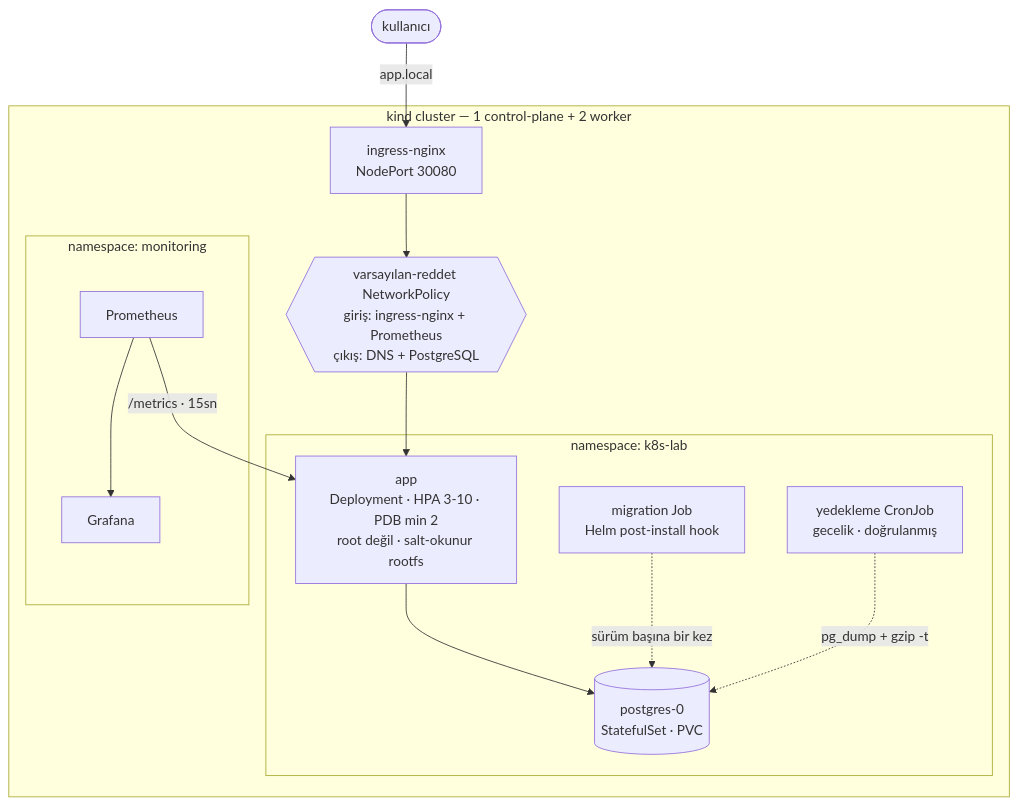
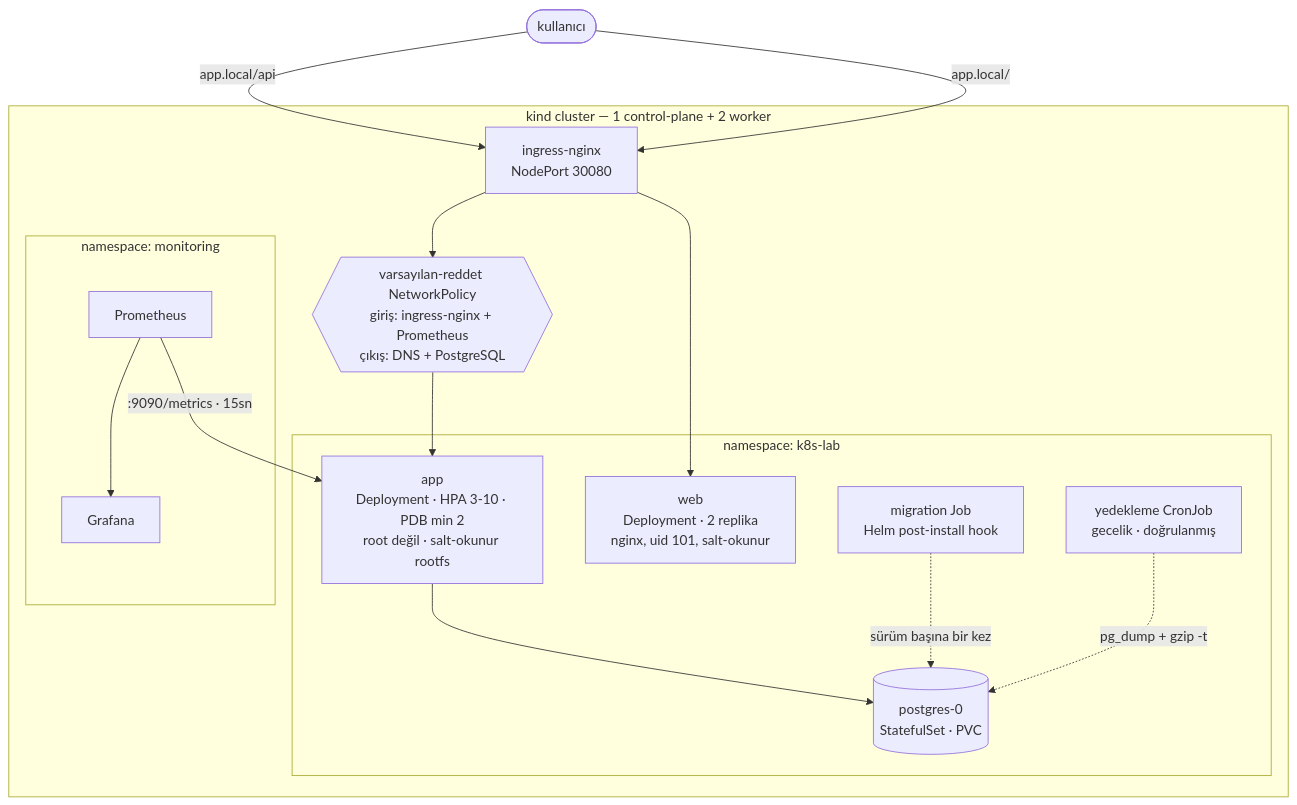
Before and after one commit to alpacino-0/k8s-lab: the diagram in README.tr.md, drawn with Mermaid. The commit also changed other lines of this file and 38 other files, not shown here.

````diff
--- a/README.tr.md
+++ b/README.tr.md
@@ -26,29 +26,31 @@
 ```mermaid
 flowchart TB
     U([kullanıcı])
 
     subgraph CL["kind cluster — 1 control-plane + 2 worker"]
         ING["ingress-nginx<br/>NodePort 30080"]
 
         subgraph NS["namespace: k8s-lab"]
+            WEB["web<br/>Deployment · 2 replika<br/>nginx, uid 101, salt-okunur"]
             APP["app<br/>Deployment · HPA 3-10 · PDB min 2<br/>root değil · salt-okunur rootfs"]
             PG[("postgres-0<br/>StatefulSet · PVC")]
             MIG["migration Job<br/>Helm post-install hook"]
             BK["yedekleme CronJob<br/>gecelik · doğrulanmış"]
         end
 
         subgraph MON["namespace: monitoring"]
             PROM["Prometheus"]
             GRAF["Grafana"]
         end
 
         NP{{"varsayılan-reddet NetworkPolicy<br/>giriş: ingress-nginx + Prometheus<br/>çıkış: DNS + PostgreSQL"}}
     end
 
-    U -->|"app.local"| ING --> NP --> APP
+    U -->|"app.local/"| ING --> WEB
+    U -->|"app.local/api"| ING --> NP --> APP
     APP --> PG
     MIG -.->|sürüm başına bir kez| PG
     BK -.->|pg_dump + gzip -t| PG
-    PROM -->|"/metrics · 15sn"| APP
+    PROM -->|":9090/metrics · 15sn"| APP
     PROM --> GRAF
 ```
````
